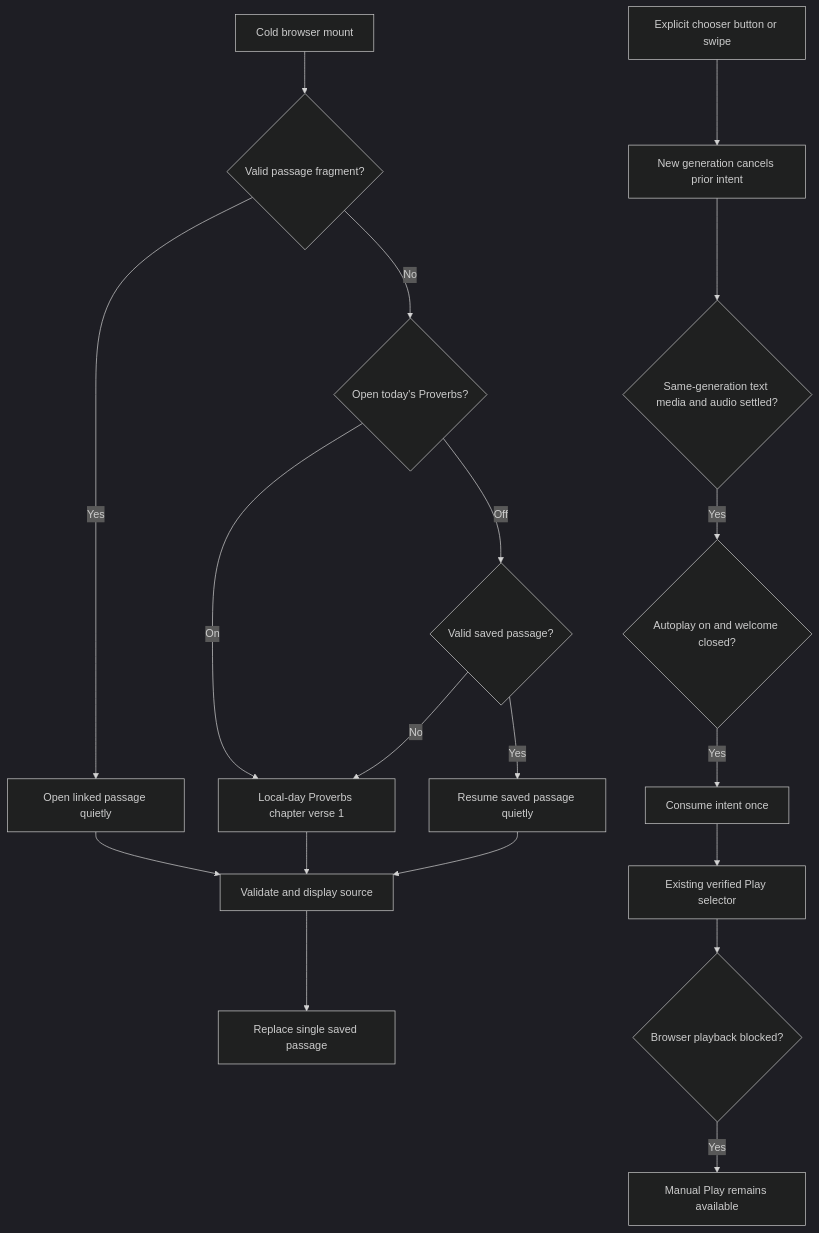
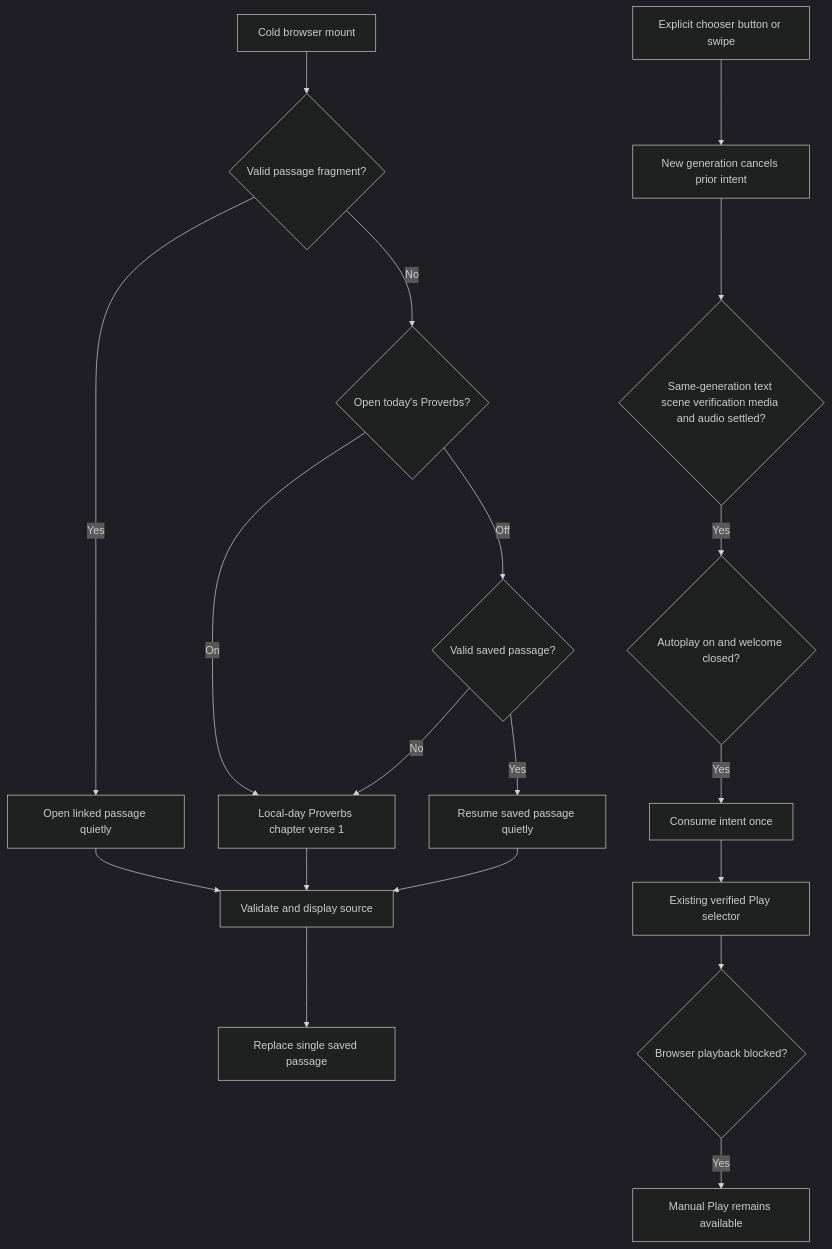
Before and after one commit to loveJesus/visual-biblical-language-reader-chirho: the first of 2 diagrams in spec-chirho/workflows-chirho/hosting-chirho/reader-session-chirho.md, drawn with Mermaid (dark theme). The commit also changed other lines of this file and 5 other files, not shown here.

Commit message:
Wait for scene verification before verse autoplay

````diff
--- a/spec-chirho/workflows-chirho/hosting-chirho/reader-session-chirho.md
+++ b/spec-chirho/workflows-chirho/hosting-chirho/reader-session-chirho.md
@@ -7,21 +7,21 @@
 ```mermaid
 flowchart TD
   LaunchChirho[Cold browser mount] --> ExplicitChirho{Valid passage fragment?}
   ExplicitChirho -->|Yes| LinkedChirho[Open linked passage quietly]
   ExplicitChirho -->|No| TodayChirho{Open today's Proverbs?}
   TodayChirho -->|On| DailyChirho[Local-day Proverbs chapter verse 1]
   TodayChirho -->|Off| SavedChirho{Valid saved passage?}
   SavedChirho -->|Yes| ResumeChirho[Resume saved passage quietly]
   SavedChirho -->|No| DailyChirho
   LinkedChirho --> VerifiedChirho[Validate and display source]
   DailyChirho --> VerifiedChirho
   ResumeChirho --> VerifiedChirho
   VerifiedChirho --> RememberChirho[Replace single saved passage]
   NavigateChirho[Explicit chooser button or swipe] --> IntentChirho[New generation cancels prior intent]
-  IntentChirho --> ReadyChirho{Same-generation text media and audio settled?}
+  IntentChirho --> ReadyChirho{Same-generation text scene verification media and audio settled?}
   ReadyChirho -->|Yes| OptedChirho{Autoplay on and welcome closed?}
   OptedChirho -->|Yes| OnceChirho[Consume intent once]
   OnceChirho --> SelectorChirho[Existing verified Play selector]
   SelectorChirho --> BlockedChirho{Browser playback blocked?}
   BlockedChirho -->|Yes| ManualChirho[Manual Play remains available]
 ```
````
